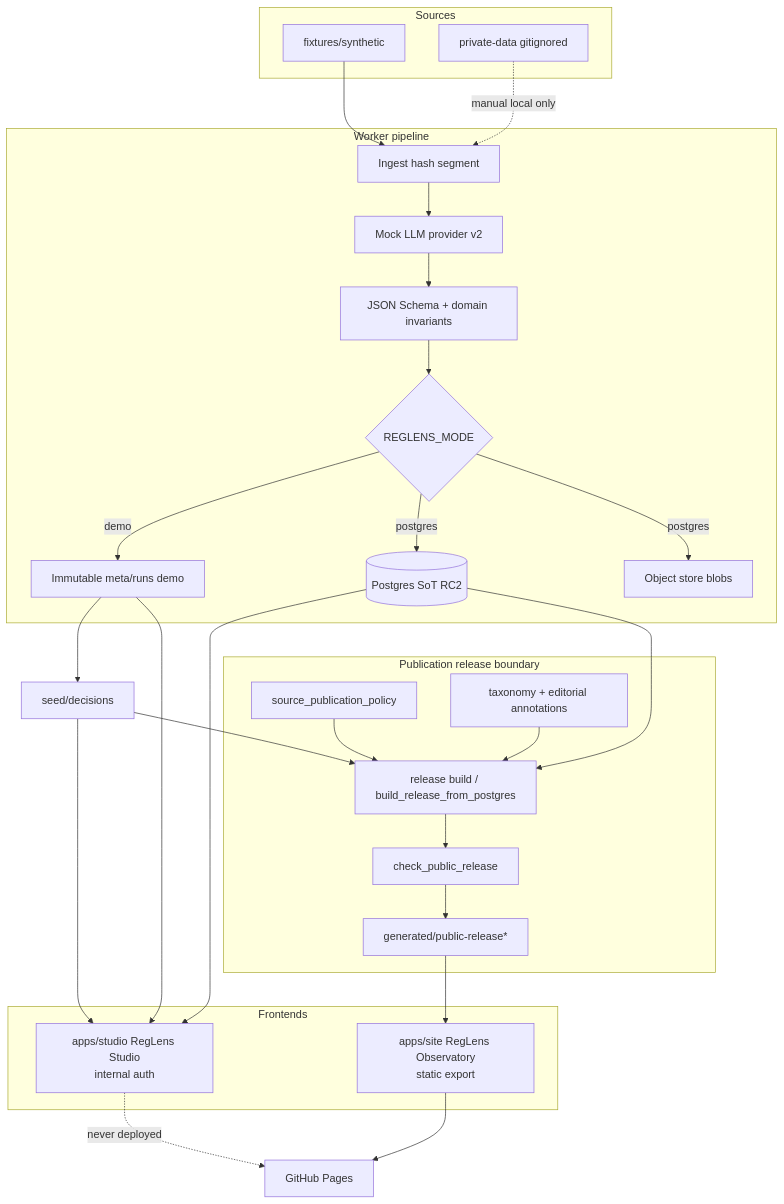
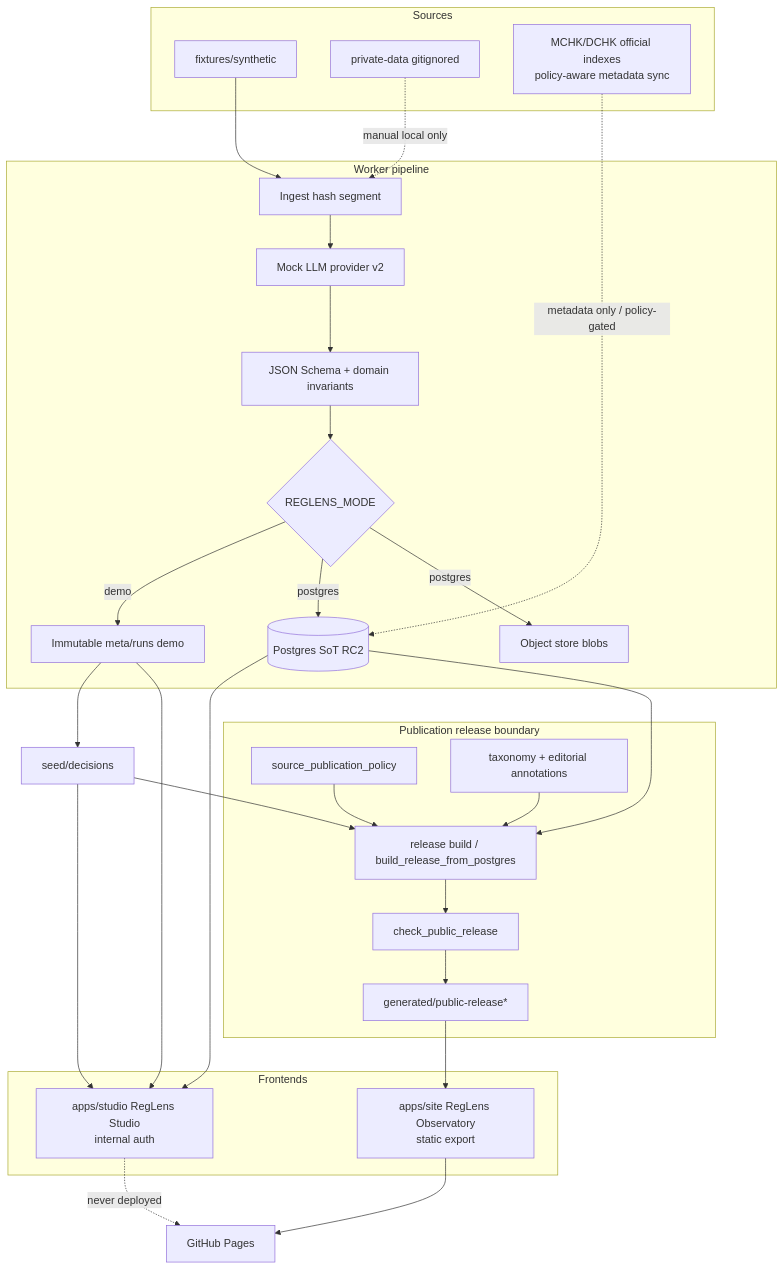
The diagram in docs/ARCHITECTURE.md (bobshenruililin/RegLens_HK), drawn with Mermaid before and after one commit. The commit also changed other lines of this file and 26 other files, not shown here.

````diff
--- a/docs/ARCHITECTURE.md
+++ b/docs/ARCHITECTURE.md
@@ -11,50 +13,52 @@
 ```mermaid
 flowchart TB
   subgraph sources [Sources]
     Synth[fixtures/synthetic]
     Private[private-data gitignored]
+    Indexes[MCHK/DCHK official indexes\npolicy-aware metadata sync]
   end
 
   subgraph worker [Worker pipeline]
     Ingest[Ingest hash segment]
     Extract[Mock LLM provider v2]
     Val[JSON Schema + domain invariants]
     Mode{REGLENS_MODE}
     Runs[Immutable meta/runs demo]
     PG[(Postgres SoT RC2)]
     Obj[Object store blobs]
   end
 
   subgraph release [Publication release boundary]
     Policy[source_publication_policy]
     Tax[taxonomy + editorial annotations]
     Build[release build / build_release_from_postgres]
     Scan[check_public_release]
     Bundle[generated/public-release*]
   end
 
   subgraph apps [Frontends]
     Studio[apps/studio RegLens Studio\ninternal auth]
     Site[apps/site RegLens Observatory\nstatic export]
   end
 
   Pages[GitHub Pages]
 
   Synth --> Ingest
   Private -.->|manual local only| Ingest
+  Indexes -.->|metadata only / policy-gated| PG
   Ingest --> Extract --> Val --> Mode
   Mode -->|demo| Runs --> Seed[seed/decisions]
   Mode -->|postgres| PG
   Mode -->|postgres| Obj
   Seed --> Studio
   PG --> Studio
   Runs --> Studio
   Seed --> Build
   PG --> Build
   Policy --> Build
   Tax --> Build
   Build --> Scan --> Bundle
   Bundle --> Site
   Site --> Pages
   Studio -.->|never deployed| Pages
 ```
````
